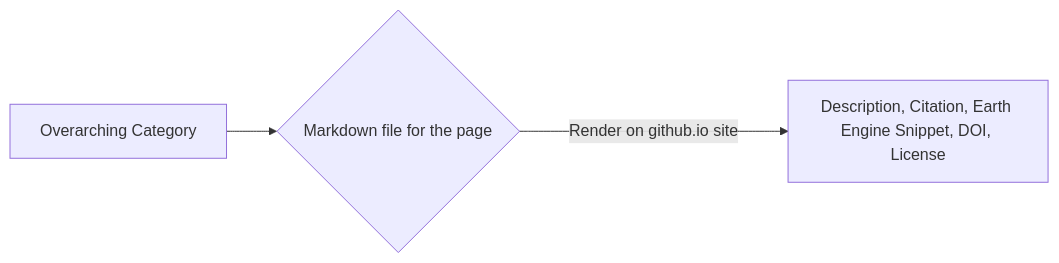
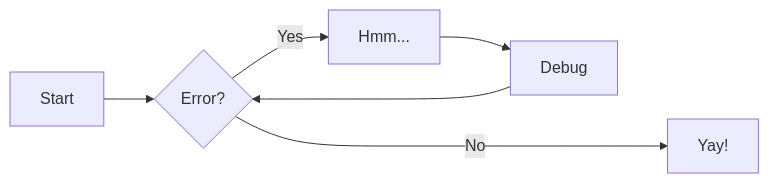
One commit to tyson-swetnam/mkdocs-material-template changed the diagram in docs/communityDataset.md. Above: the diagram before and after it, drawn with Mermaid.

````diff
--- a/docs/communityDataset.md
+++ b/docs/communityDataset.md
@@ -4,5 +3,8 @@
 ``` mermaid
 graph LR
-  A[Overarching Category] --> B{Markdown file for the page};
-  B --->|Render on github.io site| C[Description, Citation, Earth Engine Snippet, DOI, License];
+  A[Start] --> B{Error?};
+  B -->|Yes| C[Hmm...];
+  C --> D[Debug];
+  D --> B;
+  B ---->|No| E[Yay!];
 ```
````
